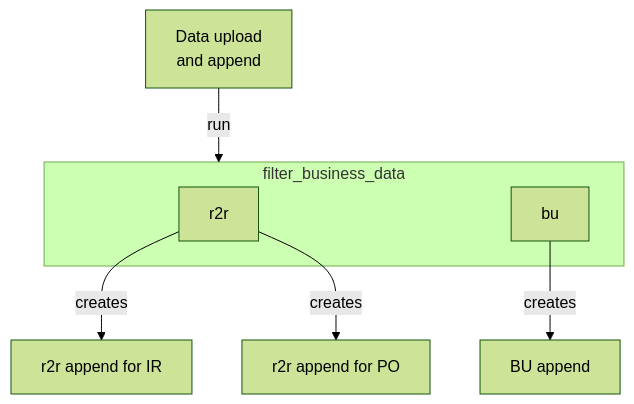
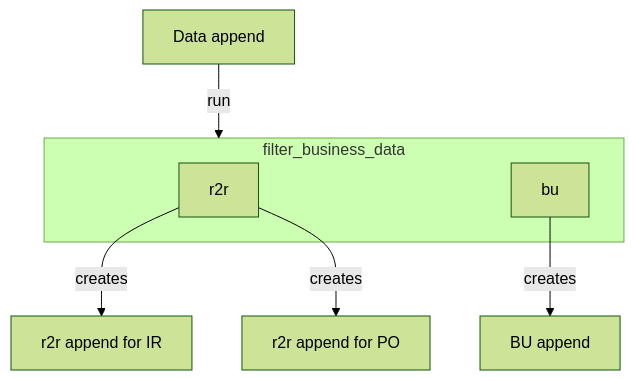
Before and after one commit to eamena-project/eamena-arches-dev: the diagram in dbs/database.eamena/data/README.md, drawn with Mermaid (forest theme).

````diff
--- a/dbs/database.eamena/data/README.md
+++ b/dbs/database.eamena/data/README.md
@@ -22,17 +22,17 @@
 ```mermaid
 flowchart
   subgraph ide1 [filter_business_data];
   id6[r2r];
   id8[bu];
   end;
-  id3[Data upload <br>and append] -- run --> ide1;
+  id3[Data append] -- run --> ide1;
   id6 -- creates --> id4[r2r append for IR];
   id6 -- creates --> id5[r2r append for PO];
   id8 -- creates --> id7[BU append];
   
   click id3 "https://github.com/eamena-project/eamena-arches-dev/blob/main/dbs/database.eamena/data/bulk_data/append/bu_append_to_be_mapped.csv" _blank
   click id5 "https://github.com/eamena-project/eamena-arches-dev/blob/main/dbs/database.eamena/data/business_data_relations/res2res_hp_po.relations" _blank
   click id4 "https://github.com/eamena-project/eamena-arches-dev/blob/main/dbs/database.eamena/data/business_data_relations/res2res_hp_ir.relations" _blank
   click id7 "https://github.com/eamena-project/eamena-arches-dev/blob/main/dbs/database.eamena/data/bulk_data/append/Fazzan_bu_append.csv" _blank
 
 ```
````
